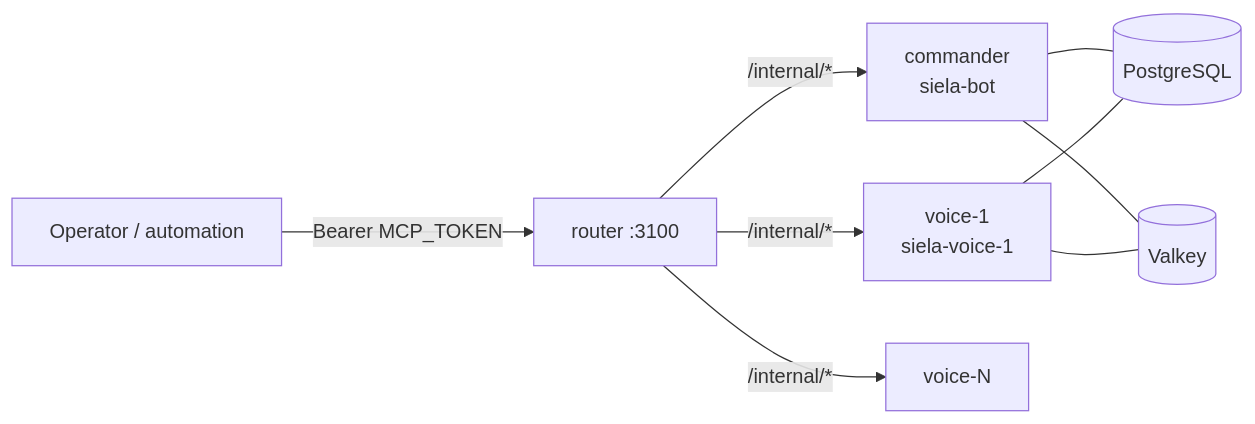
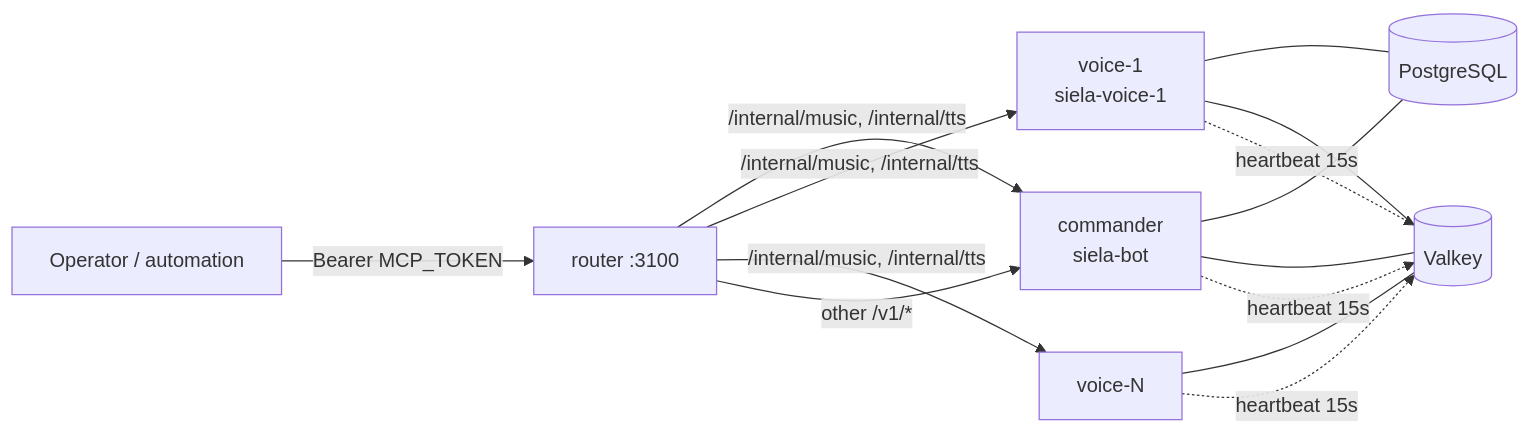
The first of 3 diagrams in docs/VOICE-FLEET.md (DeathSurfing/siela-bot), drawn with Mermaid before and after one commit. The commit also changed other lines of this file and 7 other files, not shown here.

First line of the commit message:
docs: fleet-aware Mermaid diagrams (#32)

````diff
--- a/docs/VOICE-FLEET.md
+++ b/docs/VOICE-FLEET.md
@@ -9,11 +9,16 @@
 ```mermaid
 flowchart LR
   OP[Operator / automation] -->|Bearer MCP_TOKEN| R[router :3100]
-  R -->|/internal/*| C[commander<br/>siela-bot]
-  R -->|/internal/*| W1[voice-1<br/>siela-voice-1]
-  R -->|/internal/*| WN[voice-N]
+  R -->|/internal/music, /internal/tts| C[commander<br/>siela-bot]
+  R -->|/internal/music, /internal/tts| W1[voice-1<br/>siela-voice-1]
+  R -->|/internal/music, /internal/tts| WN[voice-N]
+  R -->|other /v1/*| C
   C --- PG[(PostgreSQL)]
   C --- VK[(Valkey)]
   W1 --- PG
   W1 --- VK
+  WN --- VK
+  C -.->|heartbeat 15s| VK
+  W1 -.->|heartbeat 15s| VK
+  WN -.->|heartbeat 15s| VK
 ```
````
